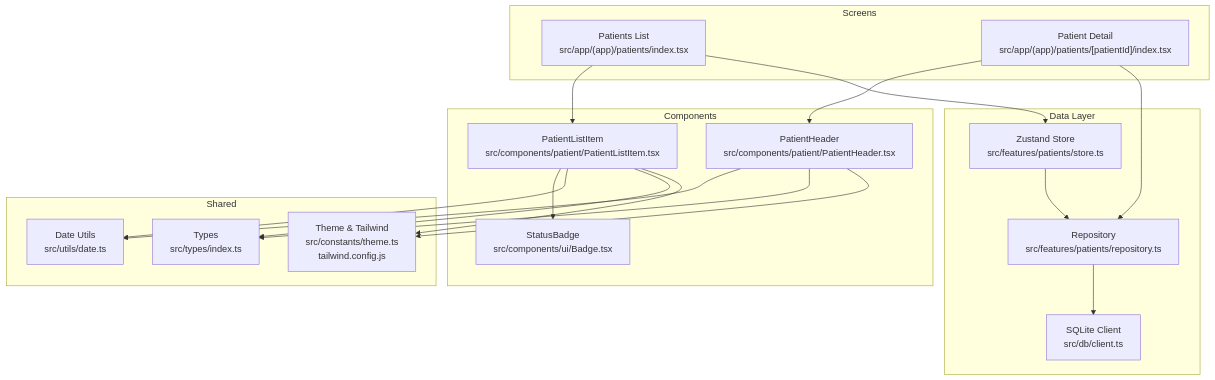
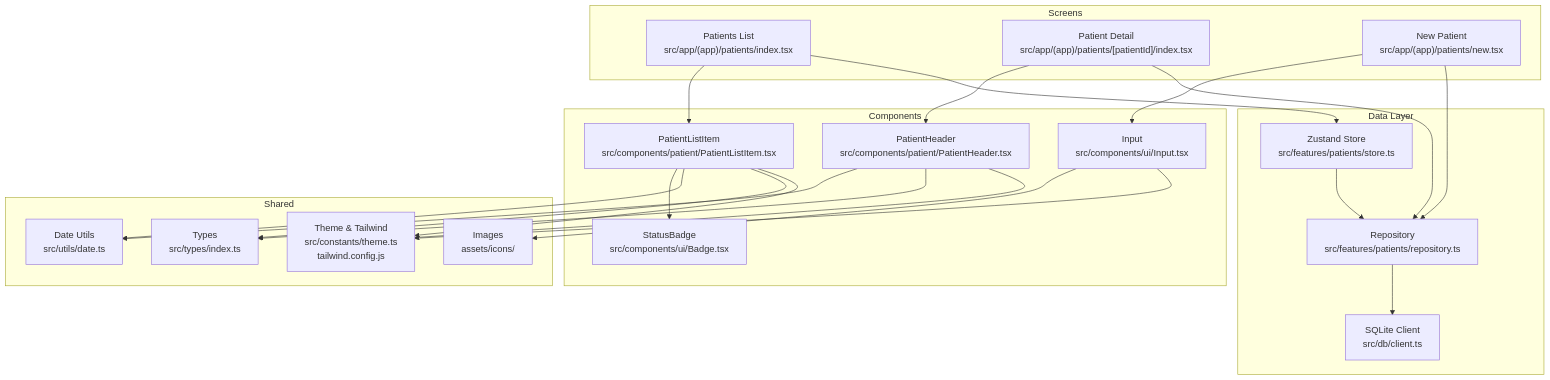
Before and after one commit to AdeelTahir-SE/DermSight: the first of 10 diagrams in .qoder/repowiki/en/content/Patient Management/UI Components.md, drawn with Mermaid. The commit also changed other lines of this file and 19 other files, not shown here.

````diff
--- a/.qoder/repowiki/en/content/Patient Management/UI Components.md
+++ b/.qoder/repowiki/en/content/Patient Management/UI Components.md
@@ -38,35 +48,42 @@
 ```mermaid
 graph TB
 subgraph "Screens"
 PL["Patients List<br/>src/app/(app)/patients/index.tsx"]
 PD["Patient Detail<br/>src/app/(app)/patients/[patientId]/index.tsx"]
+PN["New Patient<br/>src/app/(app)/patients/new.tsx"]
 end
 subgraph "Components"
 PHI["PatientHeader<br/>src/components/patient/PatientHeader.tsx"]
 PLI["PatientListItem<br/>src/components/patient/PatientListItem.tsx"]
+INP["Input<br/>src/components/ui/Input.tsx"]
 SB["StatusBadge<br/>src/components/ui/Badge.tsx"]
 end
 subgraph "Data Layer"
 ST["Zustand Store<br/>src/features/patients/store.ts"]
 RP["Repository<br/>src/features/patients/repository.ts"]
 DB["SQLite Client<br/>src/db/client.ts"]
 end
 subgraph "Shared"
 TY["Types<br/>src/types/index.ts"]
 DT["Date Utils<br/>src/utils/date.ts"]
 TH["Theme & Tailwind<br/>src/constants/theme.ts<br/>tailwind.config.js"]
+IMG["Images<br/>assets/icons/"]
 end
 PL --> PLI
 PD --> PHI
+PN --> INP
 PLI --> SB
 PL --> ST
 PD --> RP
+PN --> RP
 ST --> RP
 RP --> DB
 PHI --> DT
 PLI --> DT
 PHI --> TY
 PLI --> TY
 PHI --> TH
 PLI --> TH
+INP --> IMG
+INP --> TH
 ```
````
